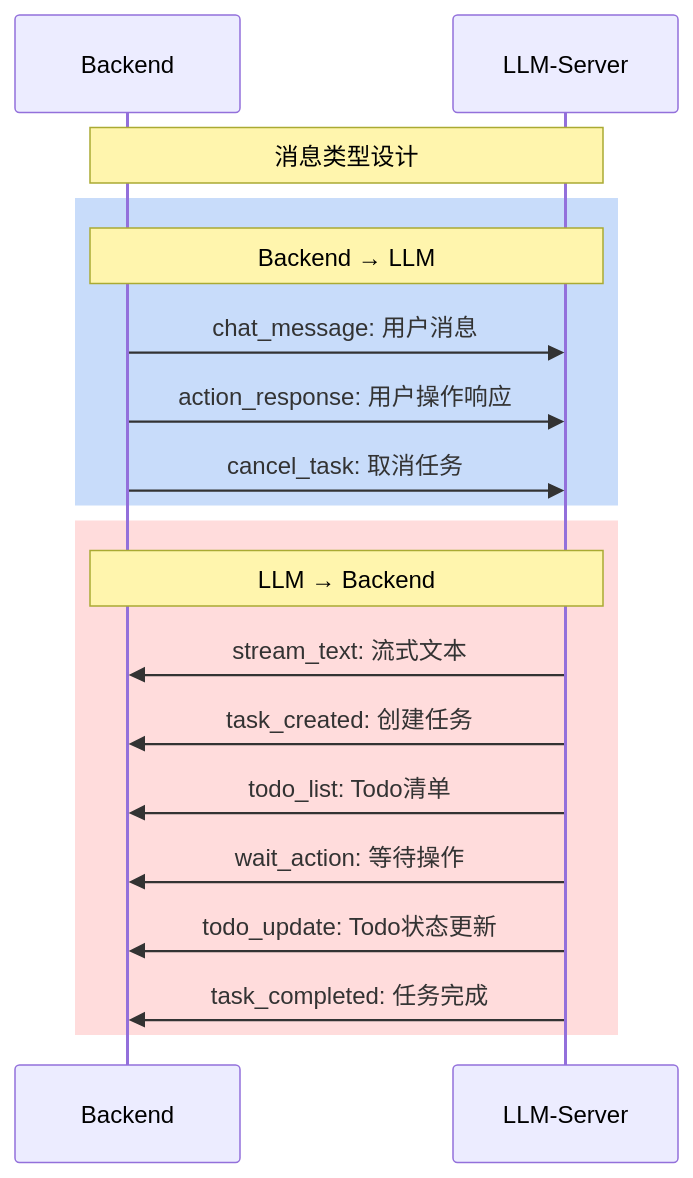
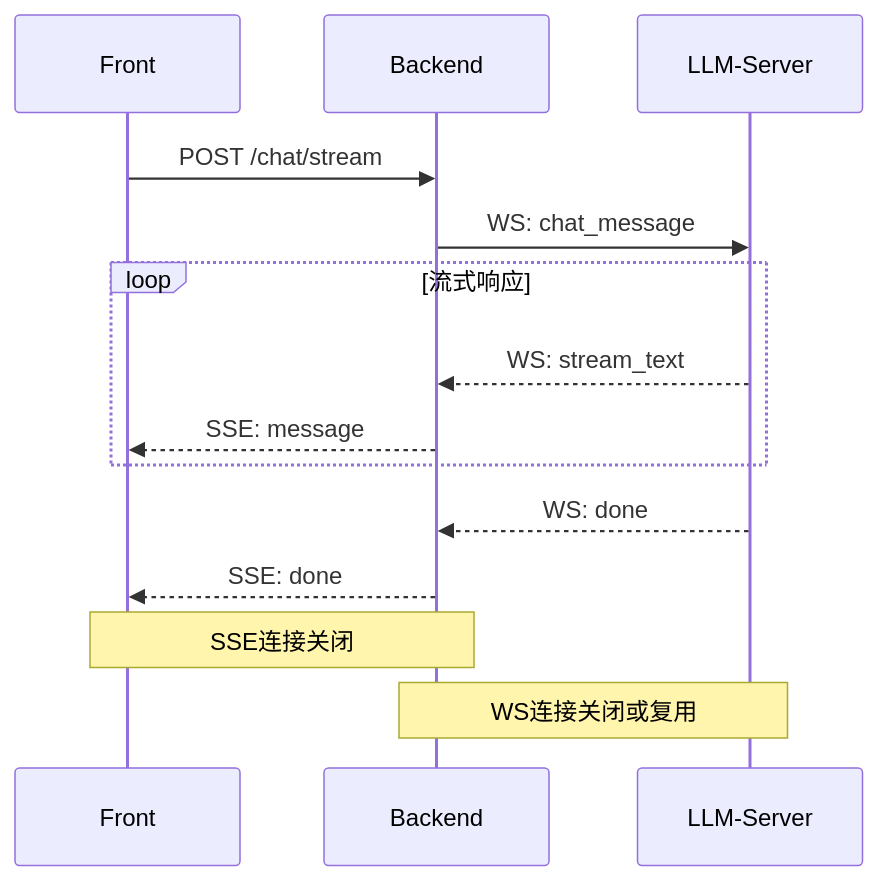
One commit to yingjianzh/iodraw-files changed the diagram in all/未命名-10.md. Above: the diagram before and after it, drawn with Mermaid.

Commit message:
2025-12-18 15:13:01 update

````diff
--- a/all/未命名-10.md
+++ b/all/未命名-10.md
@@ -1,24 +1,20 @@
 ```mermaid
 sequenceDiagram
+    participant F as Front
     participant B as Backend
     participant L as LLM-Server
     
-    Note over B,L: 消息类型设计
+    F->>B: POST /chat/stream
+    B->>L: WS: chat_message
     
-    rect rgb(200, 220, 250)
-    Note over B,L: Backend → LLM
-    B->>L: chat_message: 用户消息
-    B->>L: action_response: 用户操作响应
-    B->>L: cancel_task: 取消任务
+    loop 流式响应
+        L-->>B: WS: stream_text
+        B-->>F: SSE: message
     end
     
-    rect rgb(255, 220, 220)
-    Note over B,L: LLM → Backend
-    L->>B: stream_text: 流式文本
-    L->>B: task_created: 创建任务
-    L->>B: todo_list: Todo清单
-    L->>B: wait_action: 等待操作
-    L->>B: todo_update: Todo状态更新
-    L->>B: task_completed: 任务完成
-    end
+    L-->>B: WS: done
+    B-->>F: SSE: done
+    
+    Note over F,B: SSE连接关闭
+    Note over B,L: WS连接关闭或复用
 ```
````
